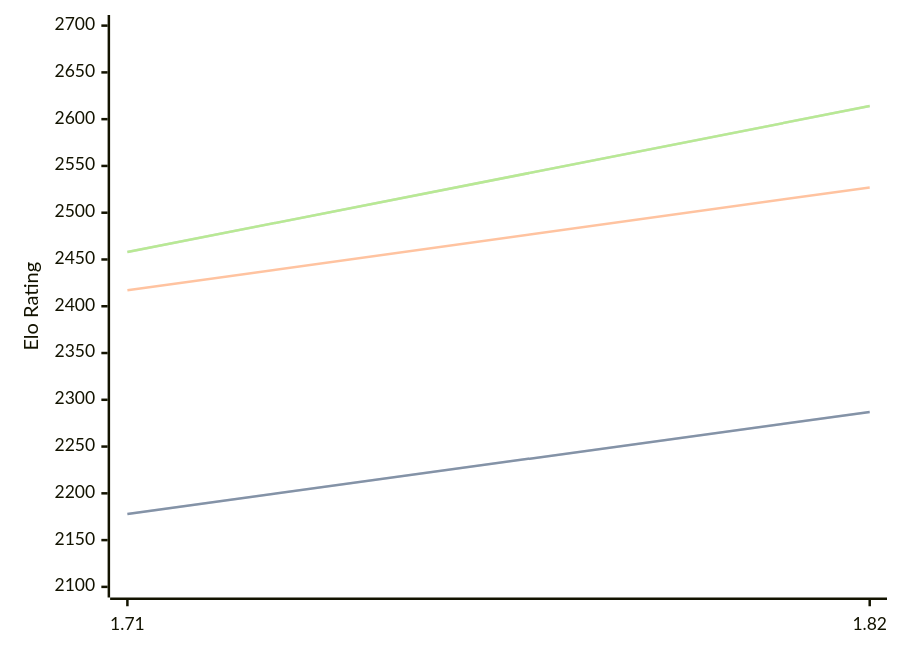
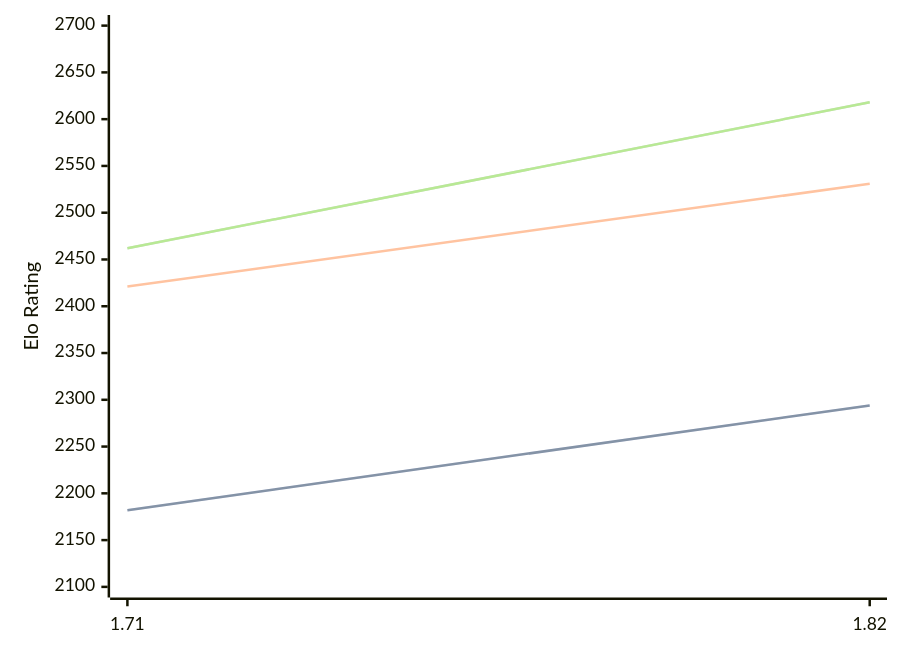
The diagram in engines/Amira.md (computer-chess-index/cci), drawn with Mermaid before and after one commit. The commit also changed other lines of this file, not shown here.

Commit message:
Update CCI Ratings (ELO VLTC) - 2026-08-18

````diff
--- a/engines/Amira.md
+++ b/engines/Amira.md
@@ -32,11 +32,11 @@
 ```mermaid
 %%{init: {"theme":"base","themeVariables":{"seriesColors:['#a3a3a3','#222221','#faa371']}}}%%
 xychart-beta
   x-axis ["1.71", "1.82"]
   y-axis "Elo Rating" 2100 --> 2700
-  line "STC (8.0+0.08s)" [2178, 2287]
-  line "STC (8.0+0.08s)" [2178, 2287]
-  line "LTC (60.0+0.60s)" [2417, 2527]
-  line "VLTC (2m24s+1.12s)" [2458, 2614]
-  line "VLTC (2m24s+1.12s)" [2458, 2614]
+  line "STC (8.0+0.08s)" [2182, 2294]
+  line "STC (8.0+0.08s)" [2182, 2294]
+  line "LTC (60.0+0.60s)" [2421, 2531]
+  line "VLTC (2m24s+1.12s)" [2462, 2618]
+  line "VLTC (2m24s+1.12s)" [2462, 2618]
 ```
````
